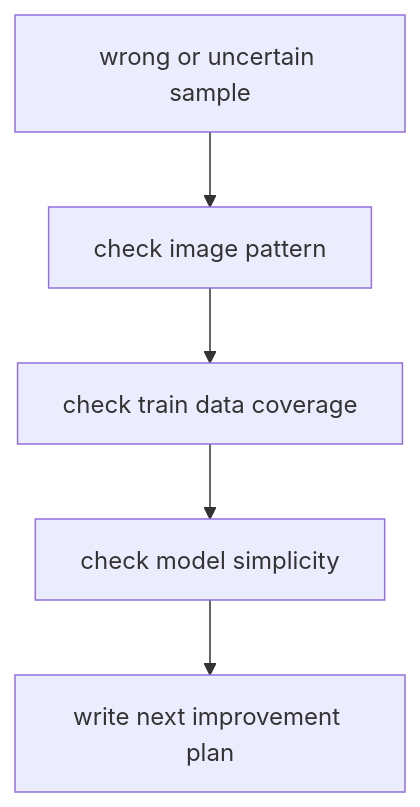
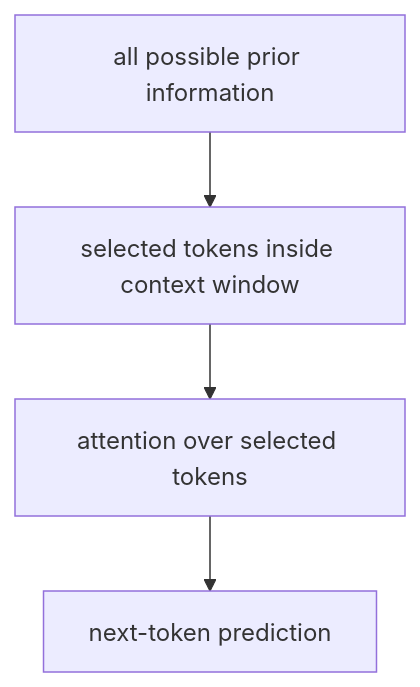
Before and after one commit to devchan64/AiBook: the first of 2 diagrams in docs/parts/part-06/chapter-03/section-02.md, drawn with Mermaid. The commit also changed other lines of this file and 213 other files, not shown here.

````diff
--- a/docs/parts/part-06/chapter-03/section-02.md
+++ b/docs/parts/part-06/chapter-03/section-02.md
@@ -77,10 +132,11 @@
 ```mermaid
 flowchart TD
-  A["wrong or uncertain sample"]
-  B["check image pattern"]
-  C["check train data coverage"]
-  D["check model simplicity"]
-  E["write next improvement plan"]
+  A["all possible prior information"]
+  B["selected tokens inside context window"]
+  C["attention over selected tokens"]
+  D["next-token prediction"]
 
-  A --> B --> C --> D --> E
+  A --> B
+  B --> C
+  C --> D
 ```
````
